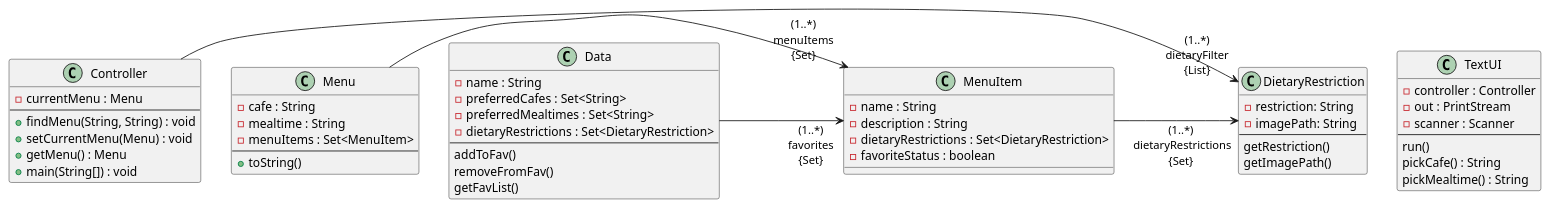
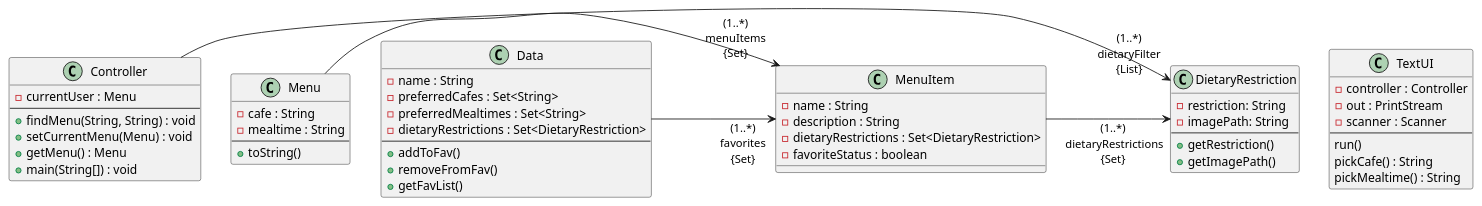
The diagram in doc/design.md (rkilpadi/vassar-dining-app), drawn with PlantUML before and after one commit. The commit also changed 4 other files, not shown here.

````diff
--- a/doc/design.md
+++ b/doc/design.md
@@ -1,59 +1,58 @@
 ```plantuml
 class TextUI {
 -controller : Controller
 -out : PrintStream
 -scanner : Scanner
 --
 run()
 pickCafe() : String
 pickMealtime() : String
 }
 
 class Controller {
--currentMenu : Menu
+-currentUser : Menu
 --
 +findMenu(String, String) : void
 +setCurrentMenu(Menu) : void
 +getMenu() : Menu
 +main(String[]) : void
 }
 
 class Menu {
 -cafe : String
 -mealtime : String
--menuItems : Set<MenuItem>
 --
 +toString()
 }
 
 class MenuItem {
 -name : String
 -description : String
 -dietaryRestrictions : Set<DietaryRestriction>
 -favoriteStatus : boolean
 }
 
 class DietaryRestriction {
 -restriction: String
 -imagePath: String
 --
-getRestriction()
-getImagePath()
++getRestriction()
++getImagePath()
 }
 
 class Data {
 -name : String
 -preferredCafes : Set<String>
 -preferredMealtimes : Set<String>
 -dietaryRestrictions : Set<DietaryRestriction>
 --
-addToFav()
-removeFromFav()
-getFavList()
++addToFav()
++removeFromFav()
++getFavList()
 }
 
 Controller -> "(1..*)\n dietaryFilter \n{List}" DietaryRestriction : \t\t\t\t
 Menu -> "(1..*)\n menuItems \n{Set}" MenuItem: \t\t\t\t
 MenuItem -> "(1..*)\n dietaryRestrictions\n{Set}" DietaryRestriction: \t\t\t\t
 Data -> "(1..*)\n favorites \n{Set}" MenuItem: \t\t\t\t
 ```
````
